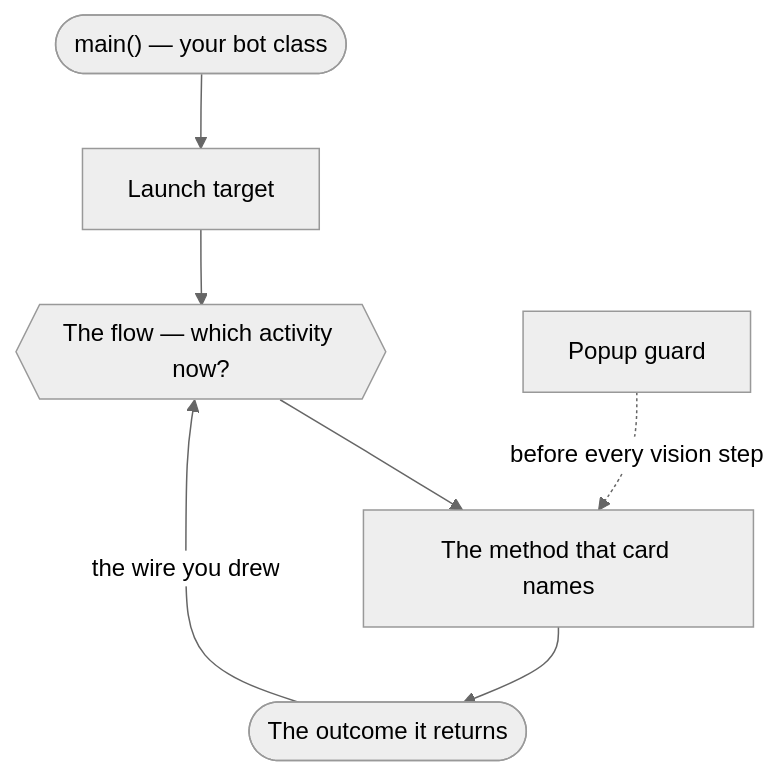
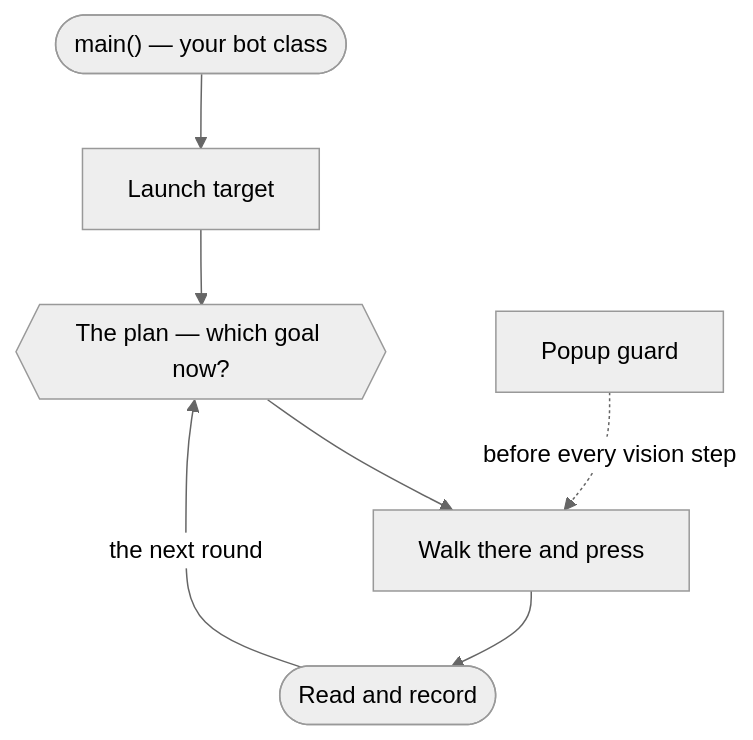
One commit to BotMakerDev/botmaker-studio changed the diagram in WORKFLOW.md. Above: the diagram before and after it, drawn with Mermaid (neutral theme). The commit also changed other lines of this file and 15 other files, not shown here.

First line of the commit message:
Getting Started describes a plan run, not a flow

````diff
--- a/WORKFLOW.md
+++ b/WORKFLOW.md
@@ -12,15 +12,15 @@
 ```mermaid
 flowchart TD
     start(["main() — your bot class"])
     launch["Launch target"]
-    driver{{"The flow — which activity now?"}}
-    run["The method that card names"]
-    outcome(["The outcome it returns"])
+    driver{{"The plan — which goal now?"}}
+    run["Walk there and press"]
+    outcome(["Read and record"])
     start --> launch
     launch --> driver
     driver --> run
     run --> outcome
-    outcome -- "the wire you drew" --> driver
+    outcome -- "the next round" --> driver
     guard["Popup guard"]
     guard -. "before every vision step" .-> run
 ```
````
